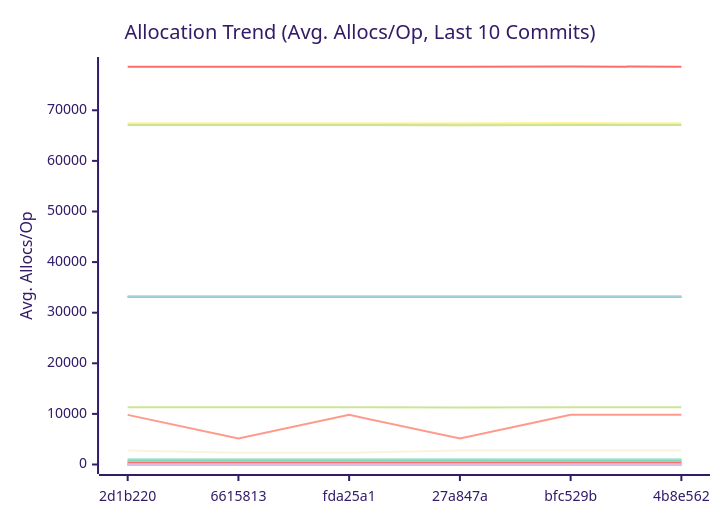
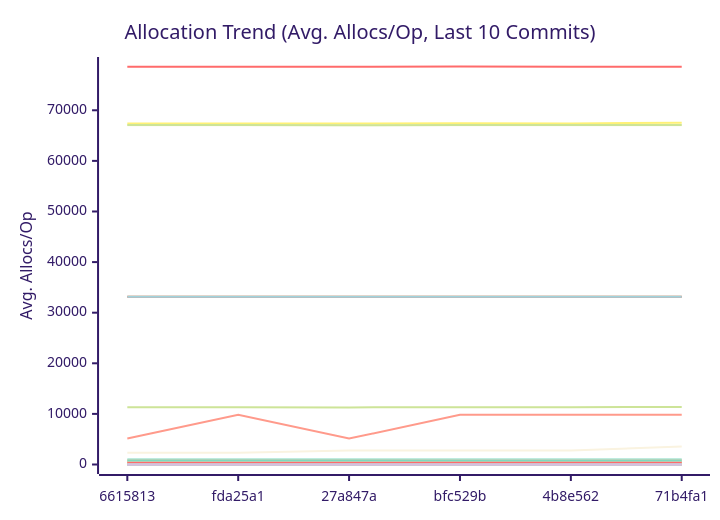
One commit to alsotoes/momo changed the third of 3 diagrams in docs/PERFORMANCE.md. Above: the diagram before and after it, drawn with Mermaid (forest theme). The commit also changed other lines of this file and 17 other files, not shown here.

````diff
--- a/docs/PERFORMANCE.md
+++ b/docs/PERFORMANCE.md
@@ -360,44 +360,44 @@
 ```mermaid
 xychart-beta
     title "Allocation Trend (Avg. Allocs/Op, Last 10 Commits)"
     x-axis "Commit"
     y-axis "Avg. Allocs/Op"
-    x-axis [2d1b220,6615813,fda25a1,27a847a,bfc529b,4b8e562]
-    line "AWSChunkedReaderSigned" [11324,11331,11296,11287,11338,11329,11352,11316,11313,11300]
-    line "AWSChunkedReaderUnsigned" [78605,78609,78579,78582,78651,78603,78618,78588,78582,78589]
+    x-axis [6615813,fda25a1,27a847a,bfc529b,4b8e562,71b4fa1]
+    line "AWSChunkedReaderSigned" [11331,11296,11287,11338,11329,11352,11316,11313,11300,11299]
+    line "AWSChunkedReaderUnsigned" [78609,78579,78582,78651,78603,78618,78588,78582,78589,78575]
     line "CheckMetricsAndSwap" [0,0,0,0,0,0,0,0,0,0]
     line "CrushOptimized" [0,0,0,0,0,0,0,0,0,0]
     line "CrushOriginal" [3,3,3,3,3,3,3,3,3,3]
     line "FormatListObjectsV2XML_AppendFormat" [16,16,16,16,16,16,16,16,16,16]
     line "FormatListObjectsV2XML_OldFormat" [1000,1000,1000,1000,1000,1000,1000,1000,1000,1000]
     line "HashBytes/1MiB" [64,64,64,64,64,64,64,64,64,64]
     line "HashBytes/256MiB" [64,64,64,64,64,64,64,64,64,64]
     line "HashBytes/64MiB" [64,64,64,64,64,64,64,64,64,64]
     line "HashFile/1MiB" [33128,33128,33128,33128,33128,33128,33128,33128,33128,33128]
     line "HashFile/256MiB" [33128,33128,33128,33128,33128,33128,33128,33128,33128,33128]
-    line "HashFile/64MiB" [33128,33128,33137,33128,33128,33128,33128,33128,33128,33128]
+    line "HashFile/64MiB" [33128,33137,33128,33128,33128,33128,33128,33128,33128,33128]
     line "IndexDirectTracking" [0,0,0,0,0,0,0,0,0,0]
     line "IndexSearch" [0,0,0,0,0,0,0,0,0,0]
     line "LastModifiedHeader_AppendFormat" [0,0,0,0,0,0,0,0,0,0]
-    line "LastModifiedHeader_Format" [0,0,0,0,0,1,1,1,1,1]
+    line "LastModifiedHeader_Format" [0,0,0,0,1,1,1,1,1,1]
     line "LoadGlobalConfig" [58,58,58,58,58,58,58,58,58,58]
-    line "LocalWrite/1MiB" [67036,67036,67029,67028,67031,67030,67036,67032,67034,67035]
-    line "LocalWrite/256MiB" [67409,67379,67372,67383,67413,67386,67552,67369,67393,67386]
-    line "LocalWrite/64MiB" [67086,67092,67077,67052,67096,67102,67105,67107,67056,67086]
+    line "LocalWrite/1MiB" [67036,67029,67028,67031,67030,67036,67032,67034,67035,67028]
+    line "LocalWrite/256MiB" [67379,67372,67383,67413,67386,67552,67369,67393,67386,67388]
+    line "LocalWrite/64MiB" [67092,67077,67052,67096,67102,67105,67107,67056,67086,67077]
     line "PadString" [1,1,1,1,1,1,1,1,1,1]
     line "ParseReplicationOrder_NoPrealloc" [6,6,6,6,6,5,5,5,5,5]
     line "ParseReplicationOrder_Prealloc" [2,2,2,2,2,1,1,1,1,1]
     line "Placement" [6,6,6,6,6,6,6,6,6,6]
     line "PlacementDomainSpread" [6,6,6,6,6,6,6,6,6,6]
-    line "ReadVerify/1MiB" [466,470,460,462,473,468,479,467,465,462]
-    line "ReadVerify/256MiB" [9808,5120,9808,5120,9808,9808,9808,9808,9808,9808]
-    line "ReadVerify/64MiB" [2776,2307,2307,2776,2776,2776,3557,3557,2776,2307]
-    line "S3PutSpool/1MiB" [448,447,447,447,447,447,447,447,447,447]
+    line "ReadVerify/1MiB" [470,460,462,473,468,479,467,465,462,461]
+    line "ReadVerify/256MiB" [5120,9808,5120,9808,9808,9808,9808,9808,9808,9808]
+    line "ReadVerify/64MiB" [2307,2307,2776,2776,2776,3557,3557,2776,2307,2776]
+    line "S3PutSpool/1MiB" [447,447,447,447,447,447,447,447,447,447]
     line "S3PutSpool/256MiB" [448,448,448,448,448,448,448,448,448,448]
-    line "S3PutSpool/64MiB" [448,448,448,448,448,448,448,448,448,448]
+    line "S3PutSpool/64MiB" [448,448,448,448,448,448,448,448,448,446]
     line "SanitizeLog/Safe" [0,0,0,0,0,0,0,0,0,0]
     line "SanitizeLog/Unsafe" [1,1,1,1,1,1,1,1,1,1]
-    line "TrustedRead/1MiB" [800,800,800,800,839,840,800,834,800,800]
+    line "TrustedRead/1MiB" [800,800,800,839,840,800,834,800,800,800]
     line "TrustedRead/256MiB" [800,800,800,800,800,800,800,800,800,800]
     line "TrustedRead/64MiB" [800,800,800,800,800,800,800,800,800,800]
 ```
````
